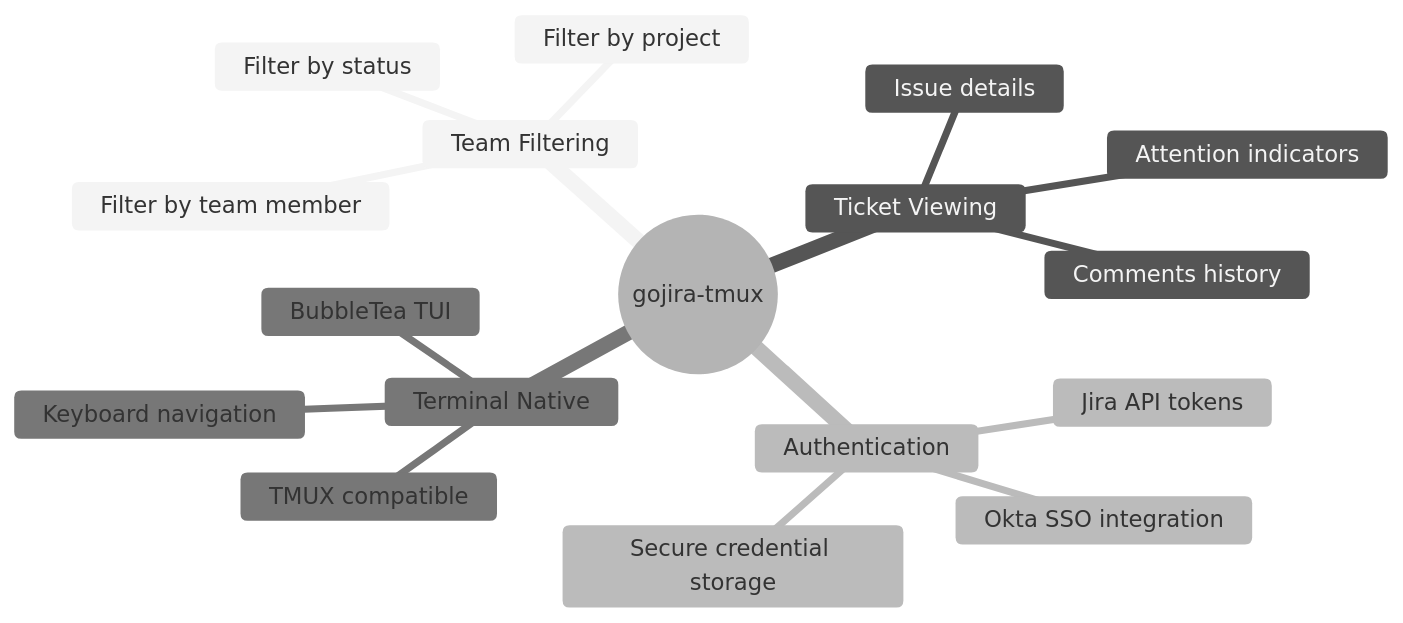
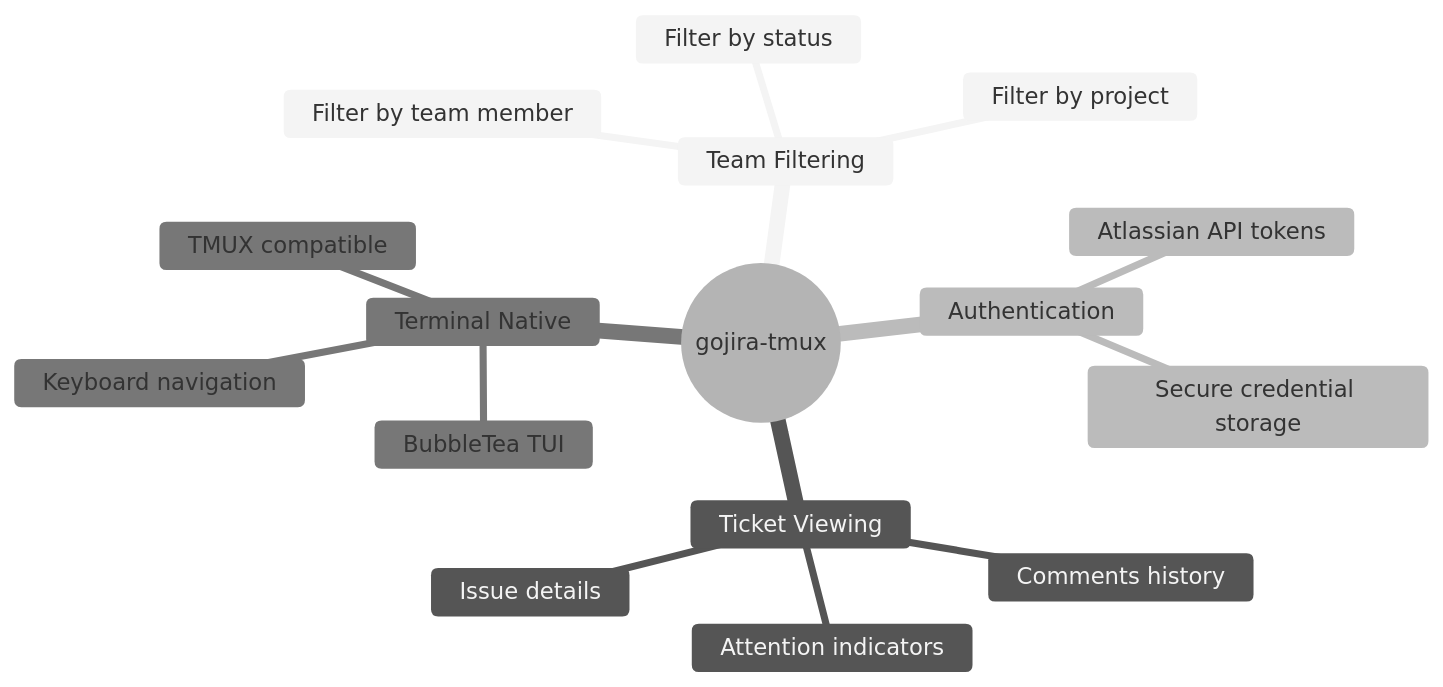
The diagram in documentation/product-summary.md (stainedhead/gojira-tmux), drawn with Mermaid (neutral theme) before and after one commit. The commit also changed other lines of this file and 54 other files, not shown here.

First line of the commit message:
feat: replace Okta OAuth with Atlassian API token auth and add team member aliases

````diff
--- a/documentation/product-summary.md
+++ b/documentation/product-summary.md
@@ -15,20 +15,19 @@
 ```mermaid
 mindmap
   root((gojira-tmux))
     Team Filtering
       Filter by team member
       Filter by project
       Filter by status
     Ticket Viewing
       Issue details
       Comments history
       Attention indicators
     Authentication
-      Okta SSO integration
-      Jira API tokens
+      Atlassian API tokens
       Secure credential storage
     Terminal Native
       BubbleTea TUI
       Keyboard navigation
       TMUX compatible
 ```
````
